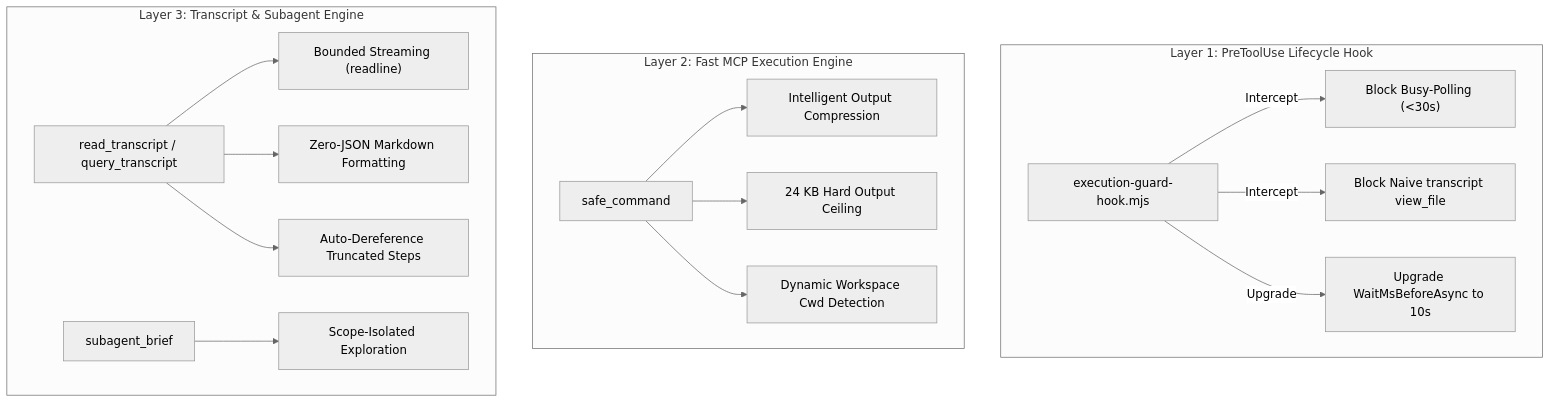
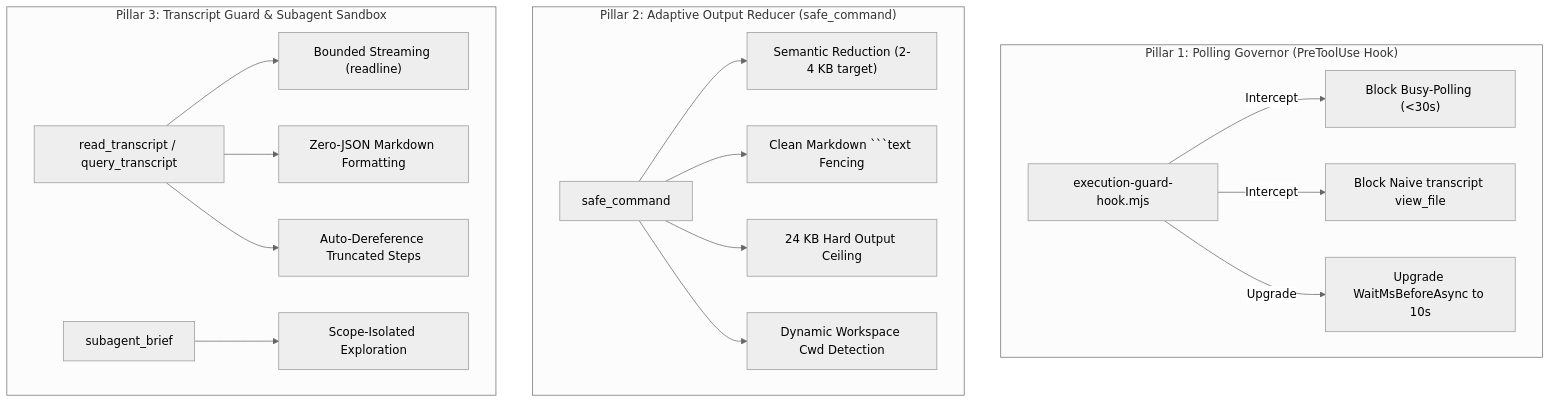
One commit to paragon-ux/Agy-Context-Saver changed the diagram in docs/architecture.md. Above: the diagram before and after it, drawn with Mermaid (neutral theme). The commit also changed other lines of this file and 8 other files, not shown here.

First line of the commit message:
feat(safe_command): implement adaptive output reducer and verbosity tiers

````diff
--- a/docs/architecture.md
+++ b/docs/architecture.md
@@ -9,24 +9,25 @@
 ```mermaid
 graph TD
-    subgraph Layer1["Layer 1: PreToolUse Lifecycle Hook"]
+    subgraph Pillar1["Pillar 1: Polling Governor (PreToolUse Hook)"]
         H1["execution-guard-hook.mjs"]
         H1 -->|Intercept| P1["Block Busy-Polling (<30s)"]
         H1 -->|Intercept| P2["Block Naive transcript view_file"]
         H1 -->|Upgrade| P3["Upgrade WaitMsBeforeAsync to 10s"]
     end
 
-    subgraph Layer2["Layer 2: Fast MCP Execution Engine"]
+    subgraph Pillar2["Pillar 2: Adaptive Output Reducer (safe_command)"]
         M1["safe_command"]
-        M1 --> C1["Intelligent Output Compression"]
-        M1 --> C2["24 KB Hard Output Ceiling"]
-        M1 --> C3["Dynamic Workspace Cwd Detection"]
+        M1 --> C1["Semantic Reduction (2-4 KB target)"]
+        M1 --> C2["Clean Markdown ```text Fencing"]
+        M1 --> C3["24 KB Hard Output Ceiling"]
+        M1 --> C4["Dynamic Workspace Cwd Detection"]
     end
 
-    subgraph Layer3["Layer 3: Transcript & Subagent Engine"]
+    subgraph Pillar3["Pillar 3: Transcript Guard & Subagent Sandbox"]
         T1["read_transcript / query_transcript"]
         T1 --> S1["Bounded Streaming (readline)"]
         T1 --> S2["Zero-JSON Markdown Formatting"]
         T1 --> S3["Auto-Dereference Truncated Steps"]
         B1["subagent_brief"] --> S4["Scope-Isolated Exploration"]
     end
 ```
````
